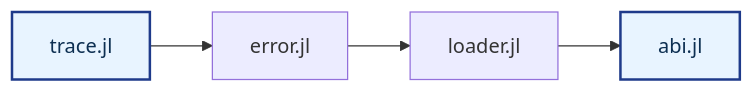
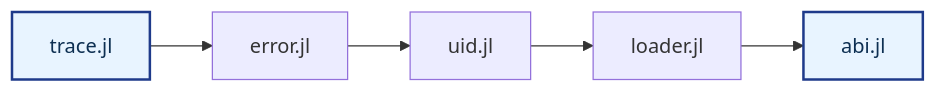
Before and after one commit to PassByYou888/LingoFuse: diagram 25 of 29 in julia/README.md, drawn with Mermaid. The commit also changed other lines of this file and 41 other files, not shown here.

````diff
--- a/julia/README.md
+++ b/julia/README.md
@@ -1099,9 +1430,10 @@
 ```mermaid
 flowchart LR
     A["trace.jl"] --> B["error.jl"]
-    B --> C["loader.jl"]
-    C --> D["abi.jl"]
+    B --> C["uid.jl"]
+    C --> D["loader.jl"]
+    D --> E["abi.jl"]
 
     style A fill:#E8F4FF,stroke:#1E3A8A,stroke-width:2px,color:#0D2F52
-    style D fill:#E8F4FF,stroke:#1E3A8A,stroke-width:2px,color:#0D2F52
+    style E fill:#E8F4FF,stroke:#1E3A8A,stroke-width:2px,color:#0D2F52
 ```
````
